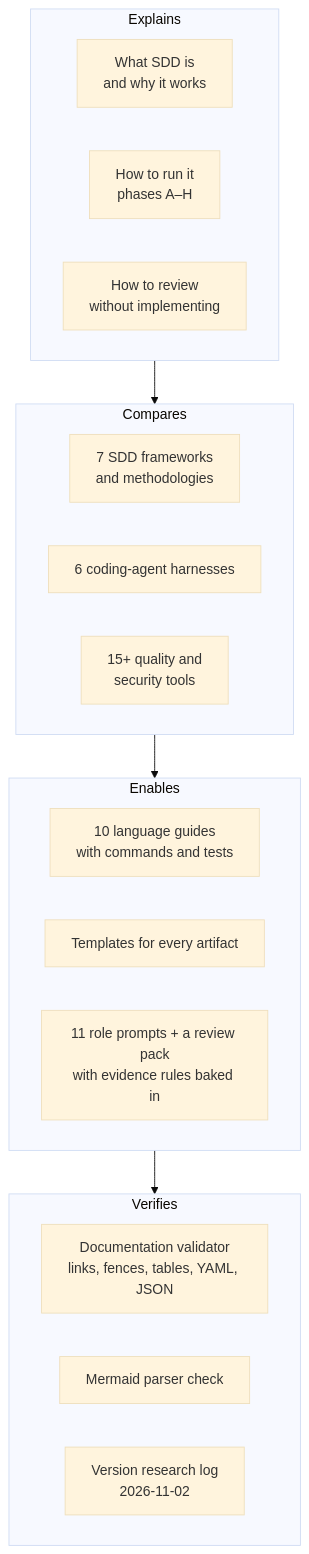
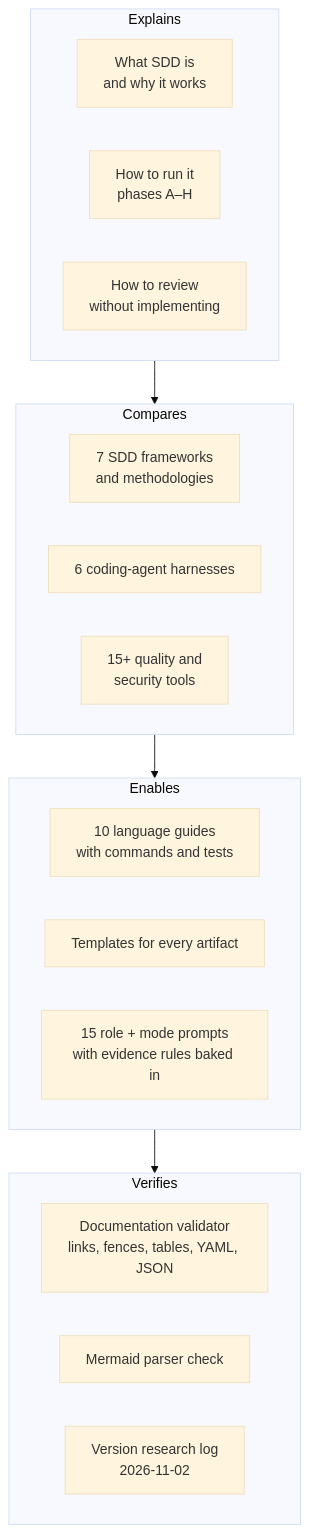
One commit to metodiev/Spec-Driven-Development-SDD changed diagram 14 of 31 in README.md. Above: the diagram before and after it, drawn with Mermaid (base theme). The commit also changed other lines of this file and 56 other files, not shown here.

````diff
--- a/README.md
+++ b/README.md
@@ -384,24 +386,24 @@
 ```mermaid
 flowchart TD
     subgraph Explain["Explains"]
         E1["What SDD is<br/>and why it works"]
         E2["How to run it<br/>phases A–H"]
         E3["How to review<br/>without implementing"]
     end
     subgraph Compare["Compares"]
         C1["7 SDD frameworks<br/>and methodologies"]
         C2["6 coding-agent harnesses"]
         C3["15+ quality and<br/>security tools"]
     end
     subgraph Enable["Enables"]
         N1["10 language guides<br/>with commands and tests"]
         N2["Templates for every artifact"]
-        N3["11 role prompts + a review pack<br/>with evidence rules baked in"]
+        N3["15 role + mode prompts<br/>with evidence rules baked in"]
     end
     subgraph Verify["Verifies"]
         V1["Documentation validator<br/>links, fences, tables, YAML, JSON"]
         V2["Mermaid parser check"]
         V3["Version research log<br/>2026-11-02"]
     end
     Explain --> Compare --> Enable --> Verify
 ```
````
